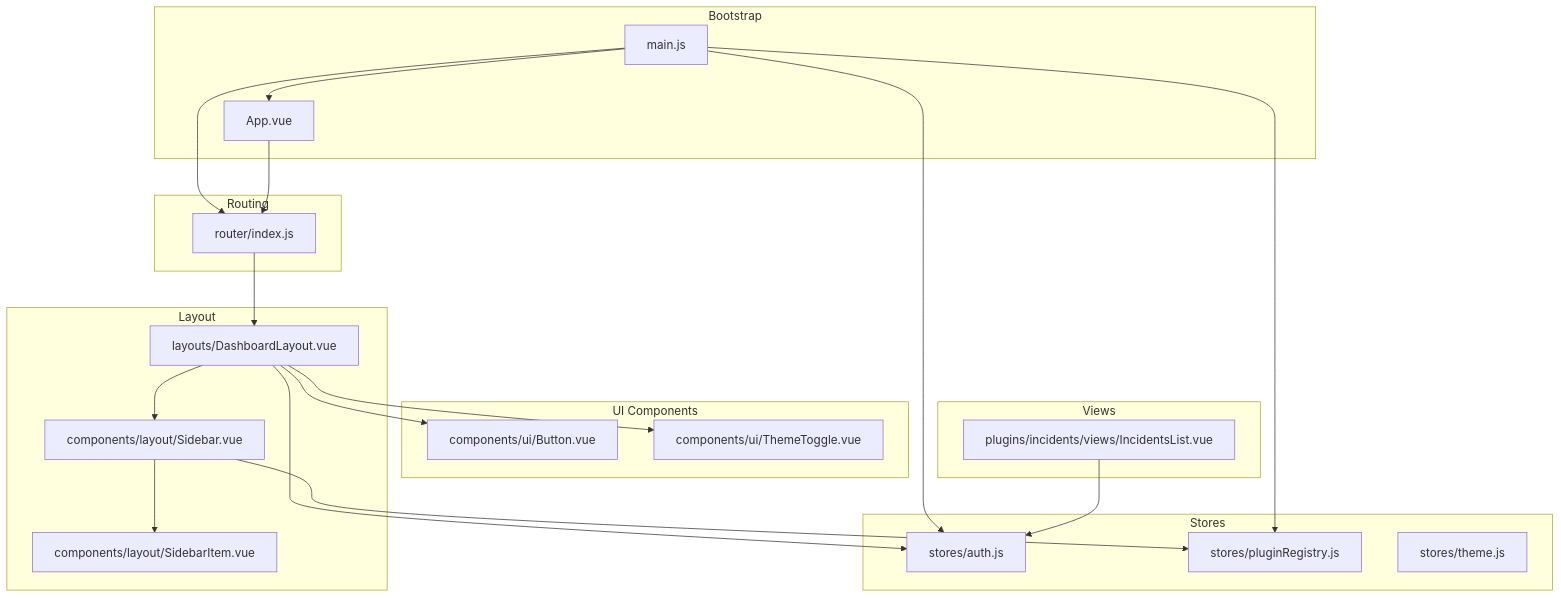
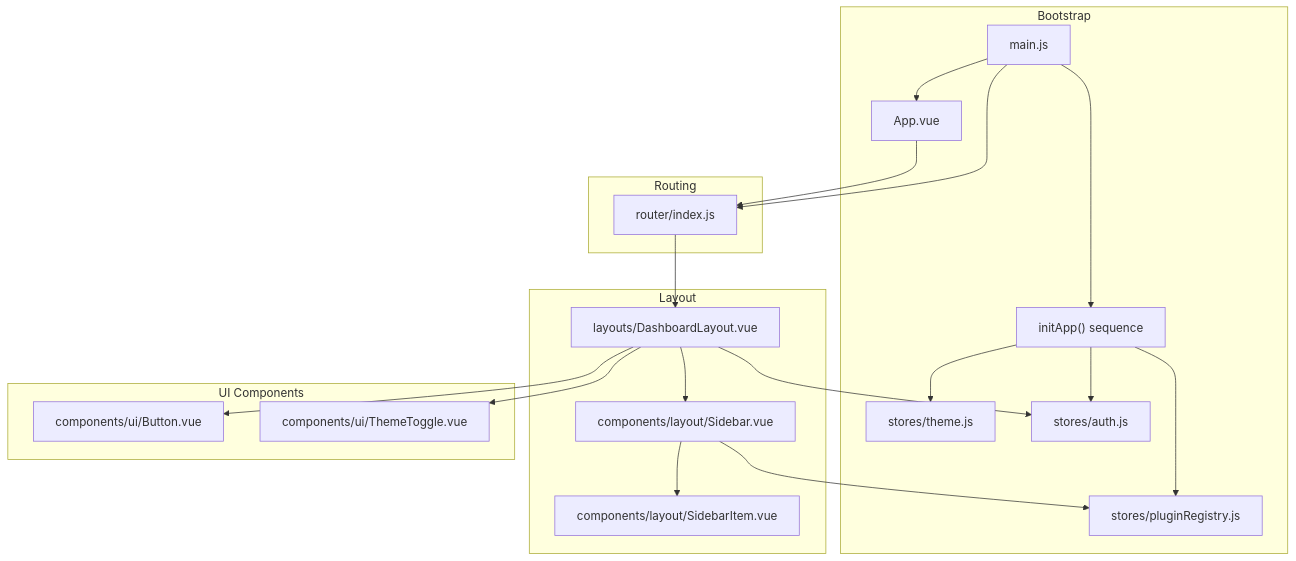
The first of 12 diagrams in .qoder/repowiki/en/content/Frontend Architecture/Frontend Architecture.md (Nikita5543/New-SSO-02), drawn with Mermaid before and after one commit. The commit also changed other lines of this file and 3 other files, not shown here.

````diff
--- a/.qoder/repowiki/en/content/Frontend Architecture/Frontend Architecture.md
+++ b/.qoder/repowiki/en/content/Frontend Architecture/Frontend Architecture.md
@@ -52,40 +63,37 @@
 ```mermaid
 graph TB
 subgraph "Bootstrap"
 MJS["main.js"]
 APP["App.vue"]
+INIT["initApp() sequence"]
+THEME["stores/theme.js"]
+AUTH["stores/auth.js"]
+REG["stores/pluginRegistry.js"]
 end
 subgraph "Routing"
 ROUTER["router/index.js"]
 end
 subgraph "Layout"
 DL["layouts/DashboardLayout.vue"]
 SB["components/layout/Sidebar.vue"]
 SBI["components/layout/SidebarItem.vue"]
 end
 subgraph "UI Components"
 BTN["components/ui/Button.vue"]
 TT["components/ui/ThemeToggle.vue"]
 end
-subgraph "Stores"
-AUTH["stores/auth.js"]
-REG["stores/pluginRegistry.js"]
-THEME["stores/theme.js"]
-end
-subgraph "Views"
-INC["plugins/incidents/views/IncidentsList.vue"]
-end
+MJS --> INIT
+INIT --> THEME
+INIT --> AUTH
+INIT --> REG
 MJS --> APP
 MJS --> ROUTER
-MJS --> AUTH
-MJS --> REG
 APP --> ROUTER
 ROUTER --> DL
 DL --> SB
 SB --> SBI
 DL --> BTN
 DL --> TT
 SB --> REG
 DL --> AUTH
-INC --> AUTH
 ```
````
